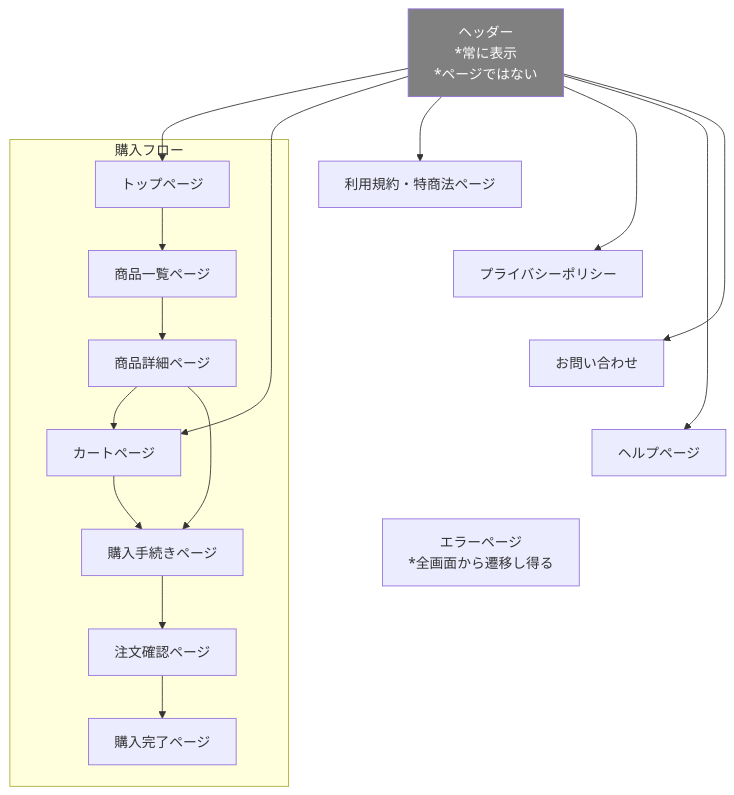
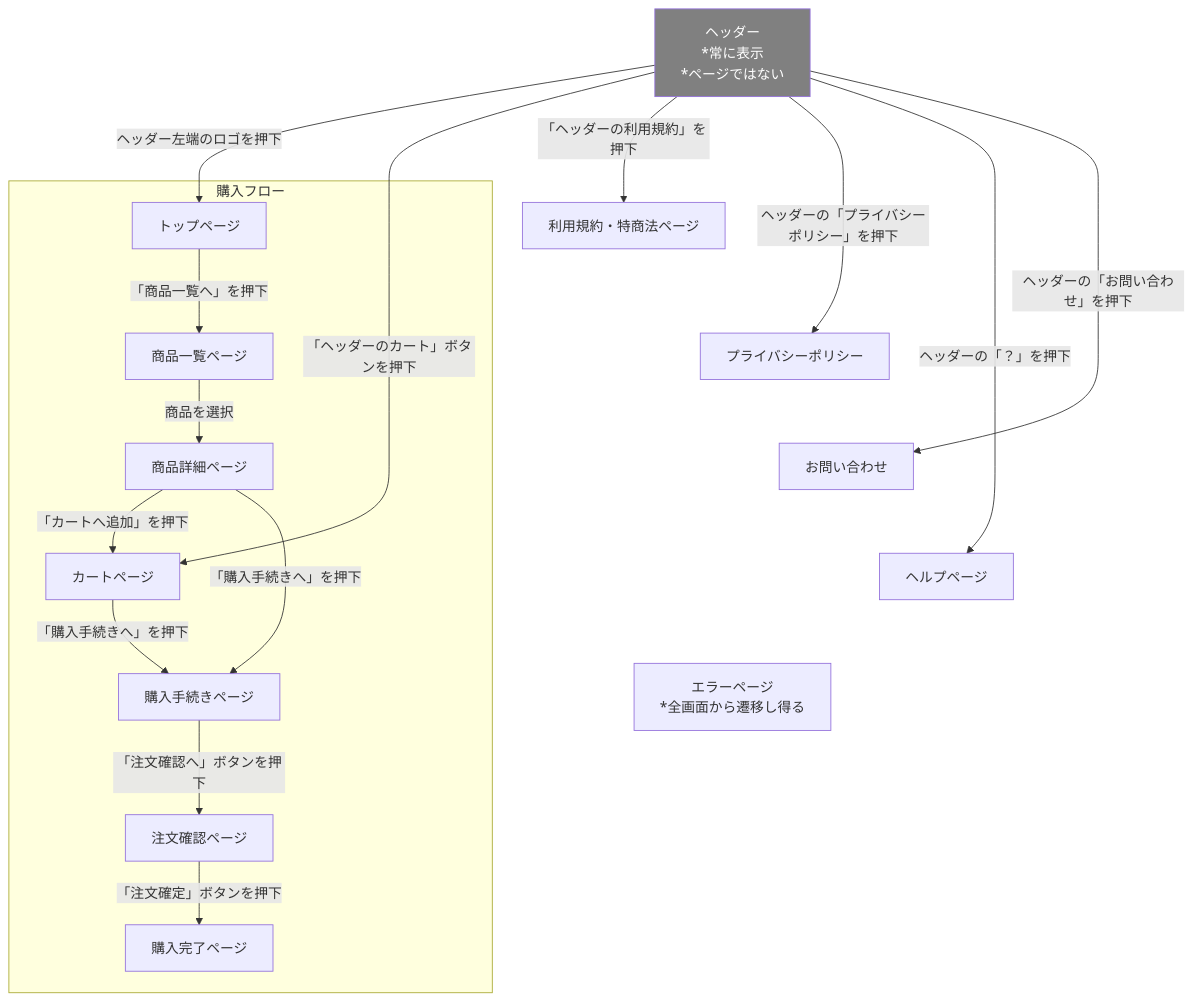
One commit to Aoi-Yaegashi/teamF changed the diagram in 基本設計/画面設計/画面遷移図/フロントエンド画面遷移図.md. Above: the diagram before and after it, drawn with Mermaid.

Commit message:
フロントエンドの遷移図にコメントを追加

````diff
--- a/基本設計/画面設計/画面遷移図/フロントエンド画面遷移図.md
+++ b/基本設計/画面設計/画面遷移図/フロントエンド画面遷移図.md
@@ -1,49 +1,49 @@
 ```mermaid
 graph TD
 
 subgraph 購入フロー
 %% トップページからの遷移
-F01[トップページ] --> F02[商品一覧ページ]
+F01[トップページ] -->|「商品一覧へ」を押下| F02[商品一覧ページ]
 
 %% 商品一覧から詳細へ
-F02 --> F03[商品詳細ページ]
+F02 -->|商品を選択| F03[商品詳細ページ]
 
 %% 商品詳細からカートへ
-F03 --> F04[カートページ]
+F03 --> |「カートへ追加」を押下|F04[カートページ]
 
 %% 商品詳細から購入手続きへ
-F03 --> F05
+F03 -->|「購入手続きへ」を押下| F05
 
 %% カートから購入へ
-F04 --> F05[購入手続きページ]
+F04 -->|「購入手続きへ」を押下| F05[購入手続きページ]
 
 %% 注文確認画面
-F05 --> F06[注文確認ページ]
+F05 -->|「注文確認へ」ボタンを押下| F06[注文確認ページ]
 
 %% 購入手続きから完了へ
-F06 --> F07[購入完了ページ]
+F06 -->|「注文確定」ボタンを押下| F07[購入完了ページ]
 end
 
 %% ヘッダー（常に表示）
 F13[ヘッダー
 *常に表示
-*ページではない] --> F01
-F13 --> F04
-F13 --> F08[利用規約・特商法ページ]
-F13 --> F09[プライバシーポリシー]
-F13 --> F11[ヘルプページ]
-F13 --> F12[お問い合わせ]
+*ページではない] -->|ヘッダー左端のロゴを押下| F01
+F13 --> |「ヘッダーのカート」ボタンを押下|F04
+F13 --> |「ヘッダーの利用規約」を押下|F08[利用規約・特商法ページ]
+F13 -->|ヘッダーの「プライバシーポリシー」を押下| F09[プライバシーポリシー]
+F13 -->|ヘッダーの「？」を押下| F11[ヘルプページ]
+F13 -->|ヘッダーの「お問い合わせ」を押下| F12[お問い合わせ]
 classDef gray fill:gray,color:white;
 class F13 gray;
 
 %% エラーページ（どこからでも遷移し得る）
 F09 ~~~ F10[エラーページ
 *全画面から遷移し得る]
 F08 ~~~ F10
 F11 ~~~ F10
 
 %% 位置調整
 F08 ~~~ F09
 F09 ~~~ F12
 F12 ~~~ F11
 ```
````
